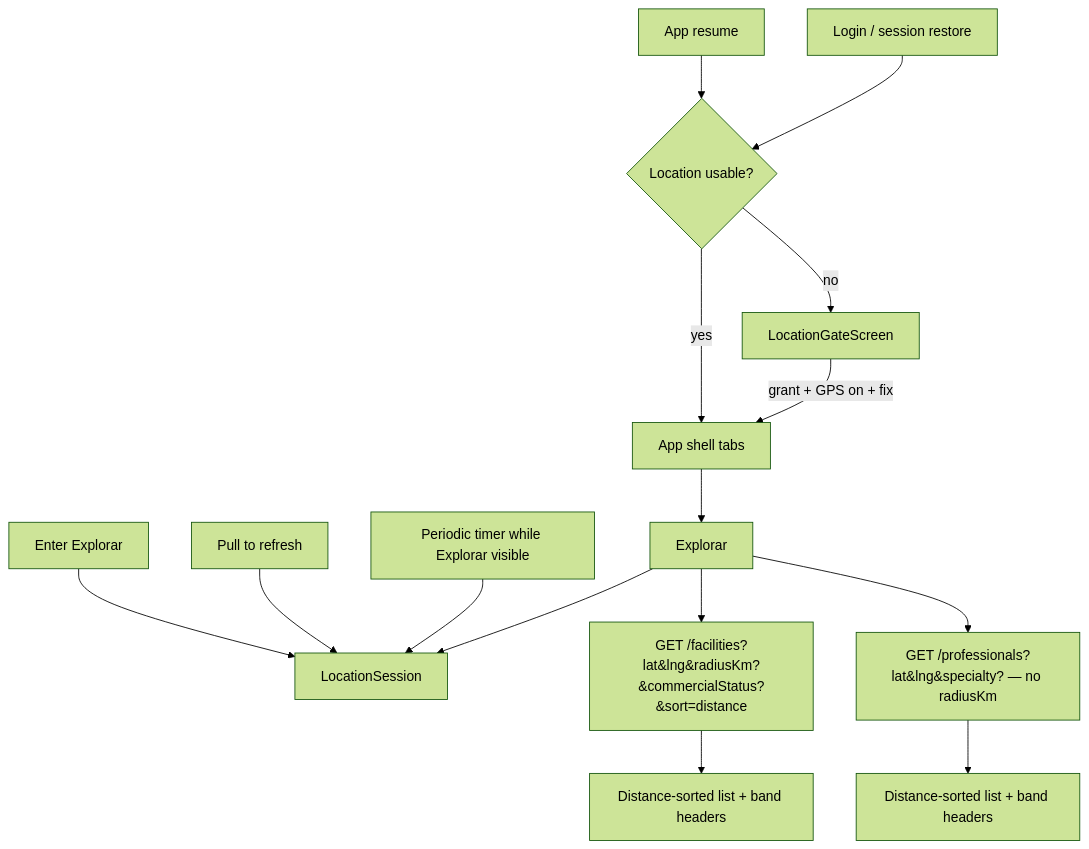
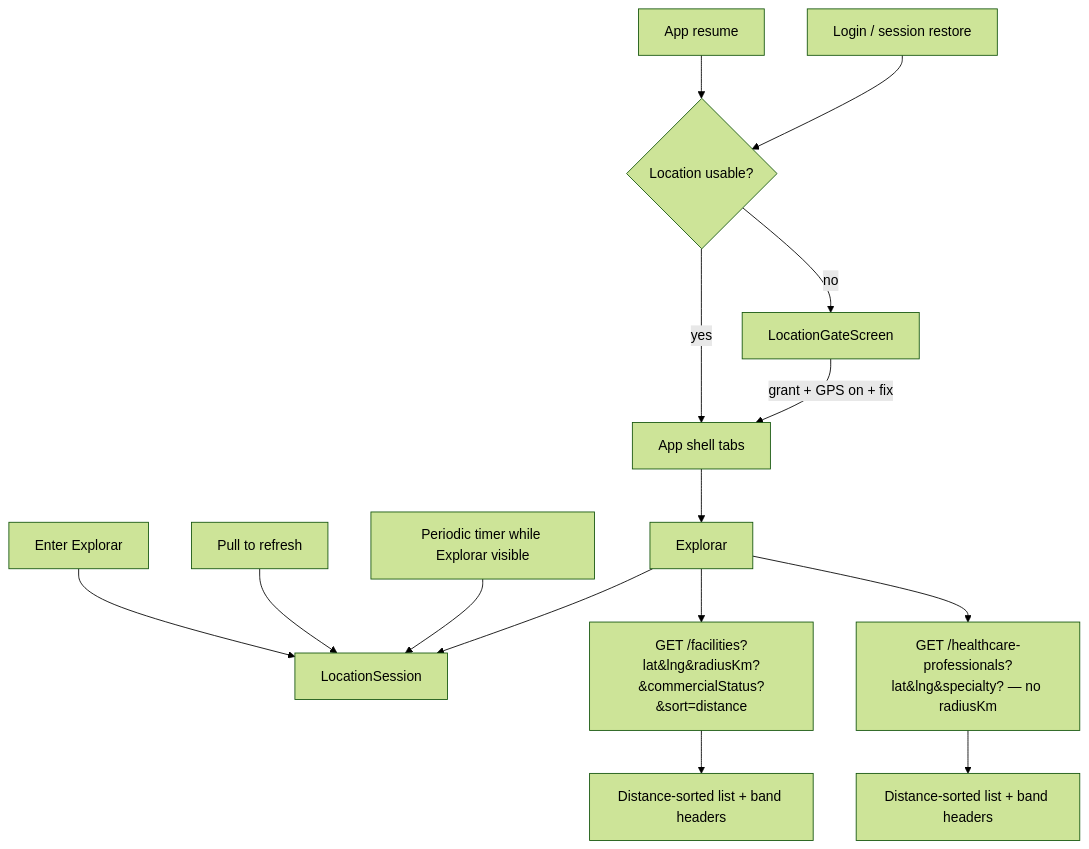
One commit to josepaulolaport/atlasmed changed the diagram in docs/specs/0008-explore-ux/design.md. Above: the diagram before and after it, drawn with Mermaid (forest theme). The commit also changed 14 other files, not shown here.

````diff
--- a/docs/specs/0008-explore-ux/design.md
+++ b/docs/specs/0008-explore-ux/design.md
@@ -12,17 +12,17 @@
 ```mermaid
 flowchart TD
   login[Login / session restore] --> check{Location usable?}
   check -->|no| gate[LocationGateScreen]
   gate -->|grant + GPS on + fix| shell[App shell tabs]
   check -->|yes| shell
   shell --> explore[Explorar]
   explore --> pos[LocationSession]
   explore --> clinics["GET /facilities?lat&lng&radiusKm?&commercialStatus?&sort=distance"]
-  explore --> doctors["GET /professionals?lat&lng&specialty? — no radiusKm"]
+  explore --> doctors["GET /healthcare-professionals?lat&lng&specialty? — no radiusKm"]
   clinics --> bands[Distance-sorted list + band headers]
   doctors --> bandsDoc[Distance-sorted list + band headers]
   timer[Periodic timer while Explorar visible] --> pos
   pull[Pull to refresh] --> pos
   enter[Enter Explorar] --> pos
   fg[App resume] --> check
 ```
````
